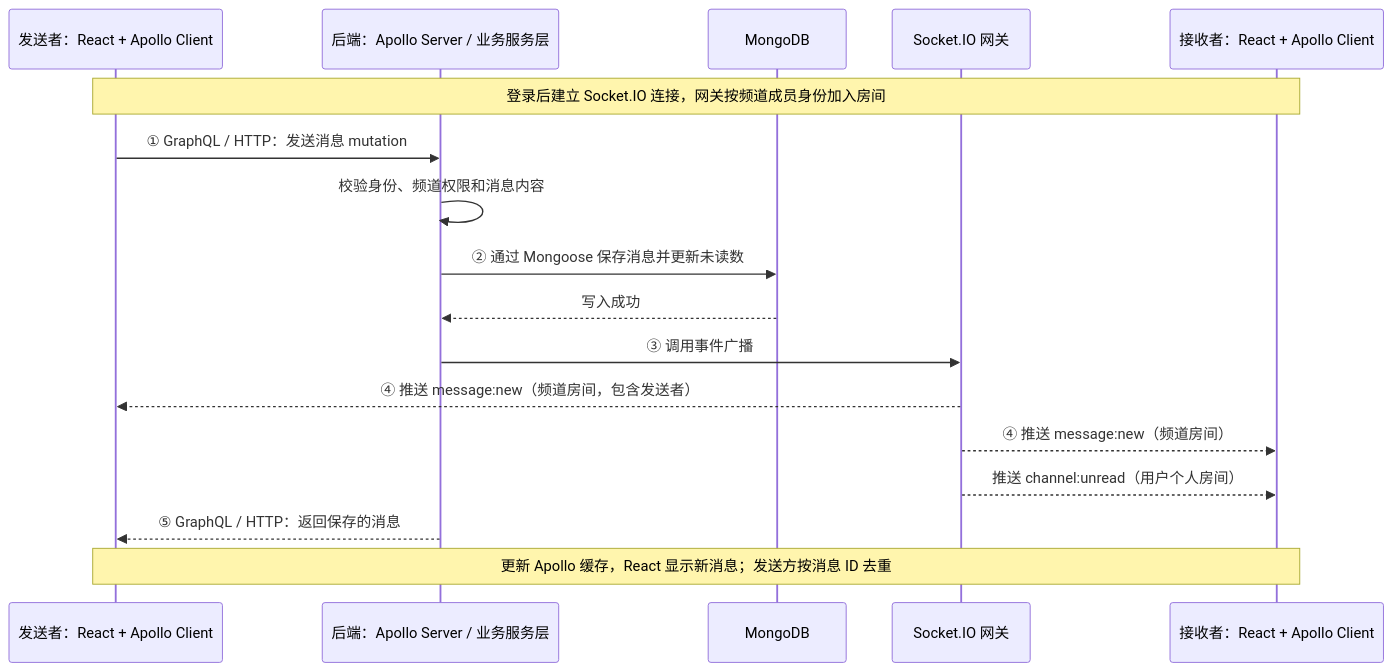
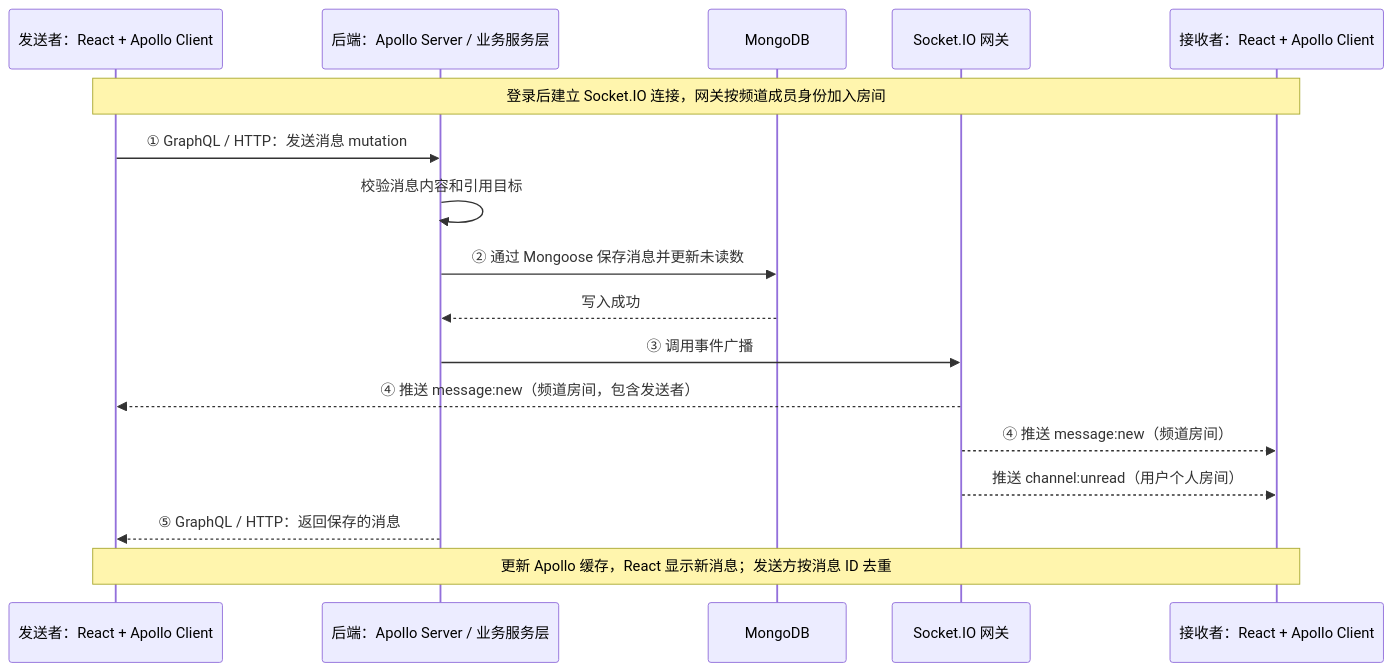
One commit to adamboots3/gradual-chat changed the diagram in README.zh-CN.md. Above: the diagram before and after it, drawn with Mermaid. The commit also changed other lines of this file and 39 other files, not shown here.

````diff
--- a/README.zh-CN.md
+++ b/README.zh-CN.md
@@ -123,19 +123,19 @@
 ```mermaid
 sequenceDiagram
   participant A as 发送者：React + Apollo Client
   participant API as 后端：Apollo Server / 业务服务层
   participant DB as MongoDB
   participant RT as Socket.IO 网关
   participant B as 接收者：React + Apollo Client
   Note over A,B: 登录后建立 Socket.IO 连接，网关按频道成员身份加入房间
   A->>API: ① GraphQL / HTTP：发送消息 mutation
-  API->>API: 校验身份、频道权限和消息内容
+  API->>API: 校验消息内容和引用目标
   API->>DB: ② 通过 Mongoose 保存消息并更新未读数
   DB-->>API: 写入成功
   API->>RT: ③ 调用事件广播
   RT-->>A: ④ 推送 message:new（频道房间，包含发送者）
   RT-->>B: ④ 推送 message:new（频道房间）
   RT-->>B: 推送 channel:unread（用户个人房间）
   API-->>A: ⑤ GraphQL / HTTP：返回保存的消息
   Note over A,B: 更新 Apollo 缓存，React 显示新消息；发送方按消息 ID 去重
 ```
````
